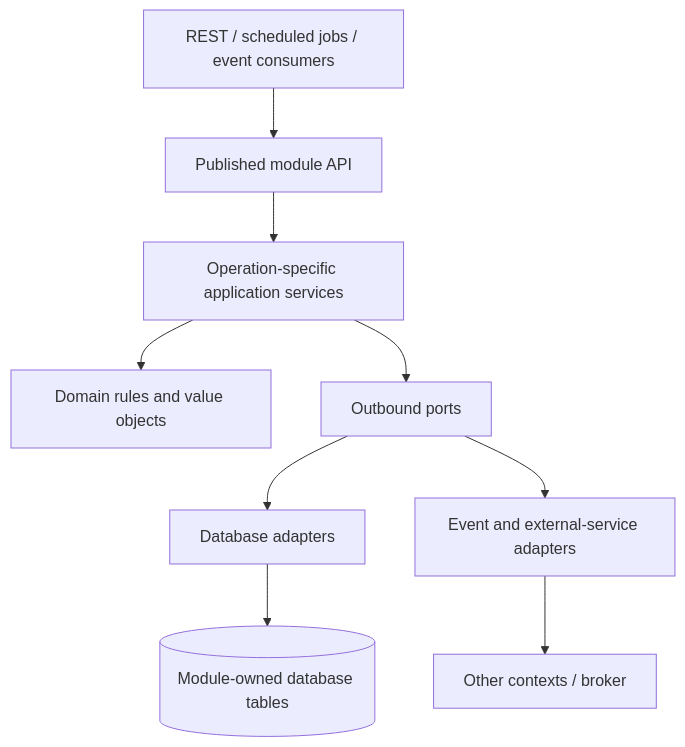
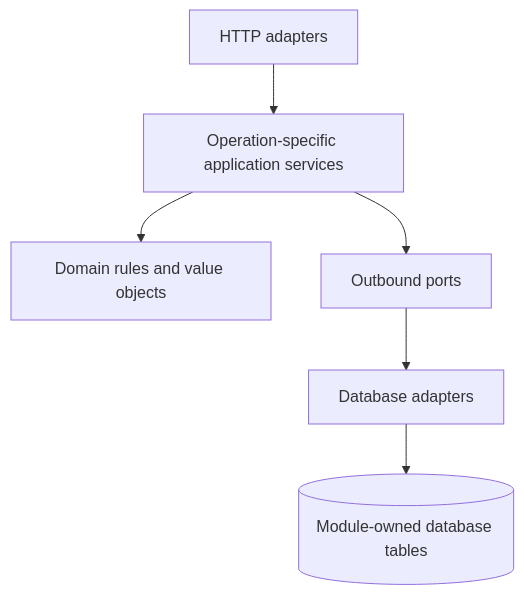
One commit to frederik-hoeft/min-favs-sharewise changed the diagram in docs/architecture.md. Above: the diagram before and after it, drawn with Mermaid. The commit also changed other lines of this file and 13 other files, not shown here.

````diff
--- a/docs/architecture.md
+++ b/docs/architecture.md
@@ -11,11 +11,8 @@
 ```mermaid
 flowchart TB
-    inbound[REST / scheduled jobs / event consumers] --> api[Published module API]
-    api --> app[Operation-specific application services]
+    inbound[HTTP adapters] --> app[Operation-specific application services]
     app --> rules[Domain rules and value objects]
     app --> ports[Outbound ports]
     ports --> data[Database adapters]
-    ports --> integration[Event and external-service adapters]
     data --> db[(Module-owned database tables)]
-    integration --> others[Other contexts / broker]
 ```
````
